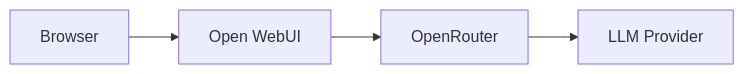
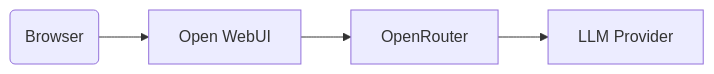
The fourth of 4 diagrams in site/content/blog/building-my-homelab-part2.md (jnanic/jnanic.github.io), drawn with Mermaid before and after one commit. The commit also changed other lines of this file and 3 other files, not shown here.

Commit message:
updated mermaind diagrams on rest of the blogs.

````diff
--- a/site/content/blog/building-my-homelab-part2.md
+++ b/site/content/blog/building-my-homelab-part2.md
@@ -224,14 +236,17 @@
 ```mermaid size=standard caption="Open WebUI request path"
 flowchart LR
     accTitle: Open WebUI request path
     accDescr: A browser request reaches Open WebUI, which sends it through OpenRouter to the selected language model provider.
 
-    USER["Browser"]
+    USER("Browser")
     WEBUI["Open WebUI"]
     ROUTER["OpenRouter"]
     MODEL["LLM Provider"]
 
     USER --> WEBUI
     WEBUI --> ROUTER
     ROUTER --> MODEL
+
+    class USER source;
+    class WEBUI,ROUTER,MODEL process;
 ```
````
